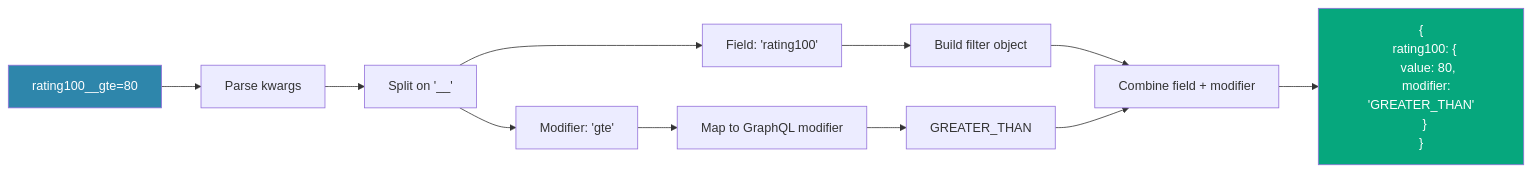
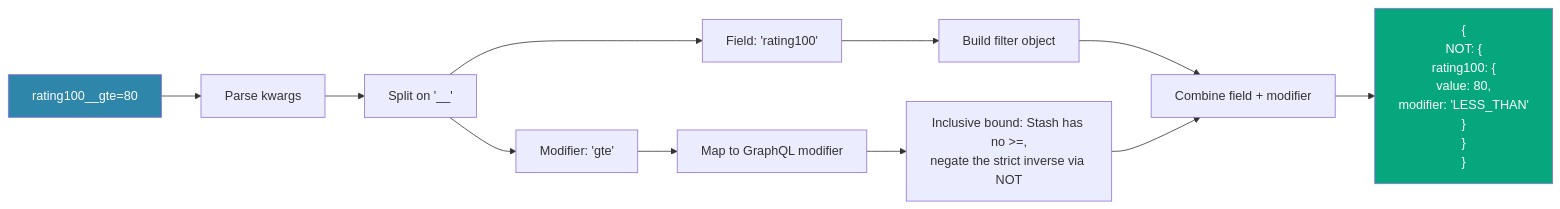
One commit to Jakan-Kink/stash-graphql-client changed the seventh of 7 diagrams in docs/diagrams.md. Above: the diagram before and after it, drawn with Mermaid. The commit also changed 27 other files, not shown here.

````diff
--- a/docs/diagrams.md
+++ b/docs/diagrams.md
@@ -202,20 +202,20 @@
 ```mermaid
 flowchart LR
     Input["rating100__gte=80"] --> Parse[Parse kwargs]
     Parse --> Split[Split on '__']
     Split --> Field[Field: 'rating100']
     Split --> Modifier[Modifier: 'gte']
 
     Field --> BuildFilter[Build filter object]
     Modifier --> MapModifier[Map to GraphQL modifier]
 
-    MapModifier --> GraphQLMod["GREATER_THAN"]
+    MapModifier --> GraphQLMod["Inclusive bound: Stash has no >=,<br/>negate the strict inverse via NOT"]
 
     BuildFilter --> Combine[Combine field + modifier]
     GraphQLMod --> Combine
 
-    Combine --> Output["{\n  rating100: {\n    value: 80,\n    modifier: 'GREATER_THAN'\n  }\n}"]
+    Combine --> Output["{\n  NOT: {\n    rating100: {\n      value: 80,\n      modifier: 'LESS_THAN'\n    }\n  }\n}"]
 
     style Input fill:#2E86AB,color:#fff
     style Output fill:#06A77D,color:#fff
 ```
````
